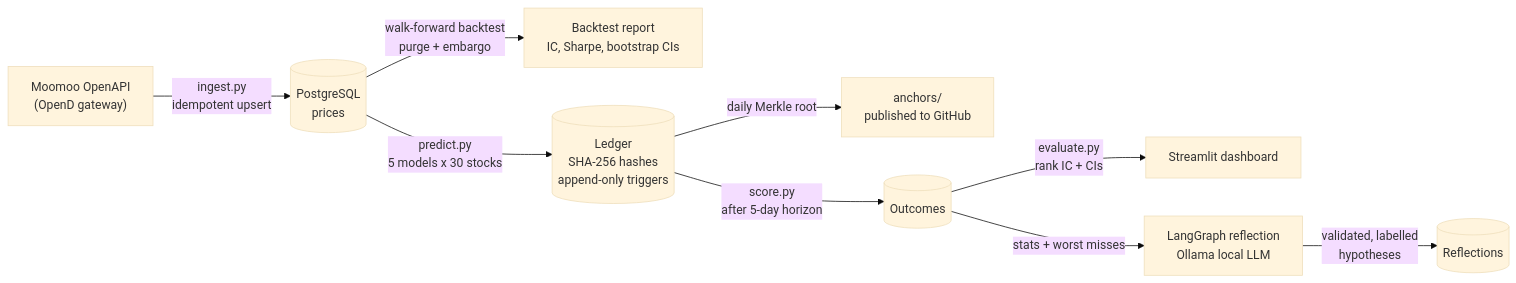
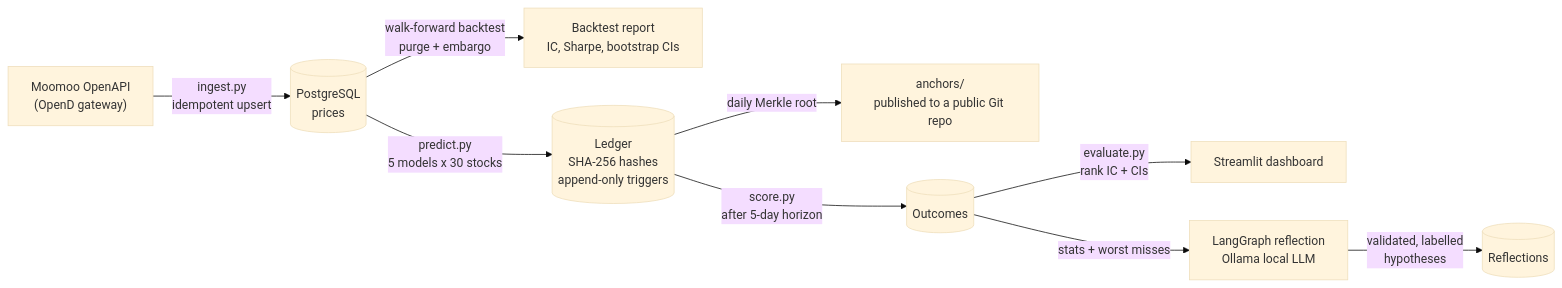
Before and after one commit to TNZ-net/Quant-agent: the diagram in README.md, drawn with Mermaid (base theme). The commit also changed other lines of this file, not shown here.

````diff
--- a/README.md
+++ b/README.md
@@ -35,11 +35,11 @@
 ```mermaid
 flowchart LR
     A["Moomoo OpenAPI<br/>(OpenD gateway)"] -->|"ingest.py<br/>idempotent upsert"| B[("PostgreSQL<br/>prices")]
     B -->|"walk-forward backtest<br/>purge + embargo"| R["Backtest report<br/>IC, Sharpe, bootstrap CIs"]
     B -->|"predict.py<br/>5 models x 30 stocks"| C[("Ledger<br/>SHA-256 hashes<br/>append-only triggers")]
-    C -->|"daily Merkle root"| P["anchors/<br/>published to GitHub"]
+    C -->|"daily Merkle root"| P["anchors/<br/>published to a public Git repo"]
     C -->|"score.py<br/>after 5-day horizon"| O[("Outcomes")]
     O -->|"evaluate.py<br/>rank IC + CIs"| D["Streamlit dashboard"]
     O -->|"stats + worst misses"| G["LangGraph reflection<br/>Ollama local LLM"]
     G -->|"validated, labelled<br/>hypotheses"| H[("Reflections")]
 ```
````
